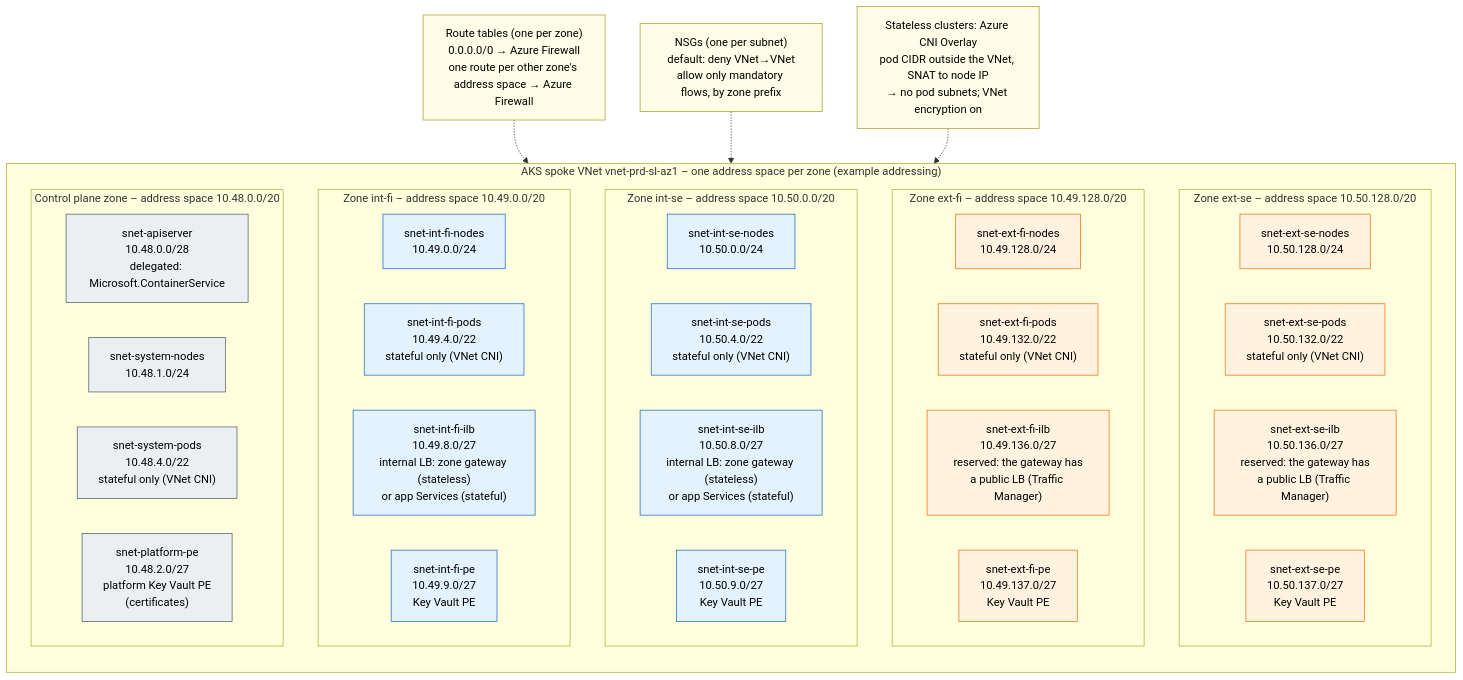
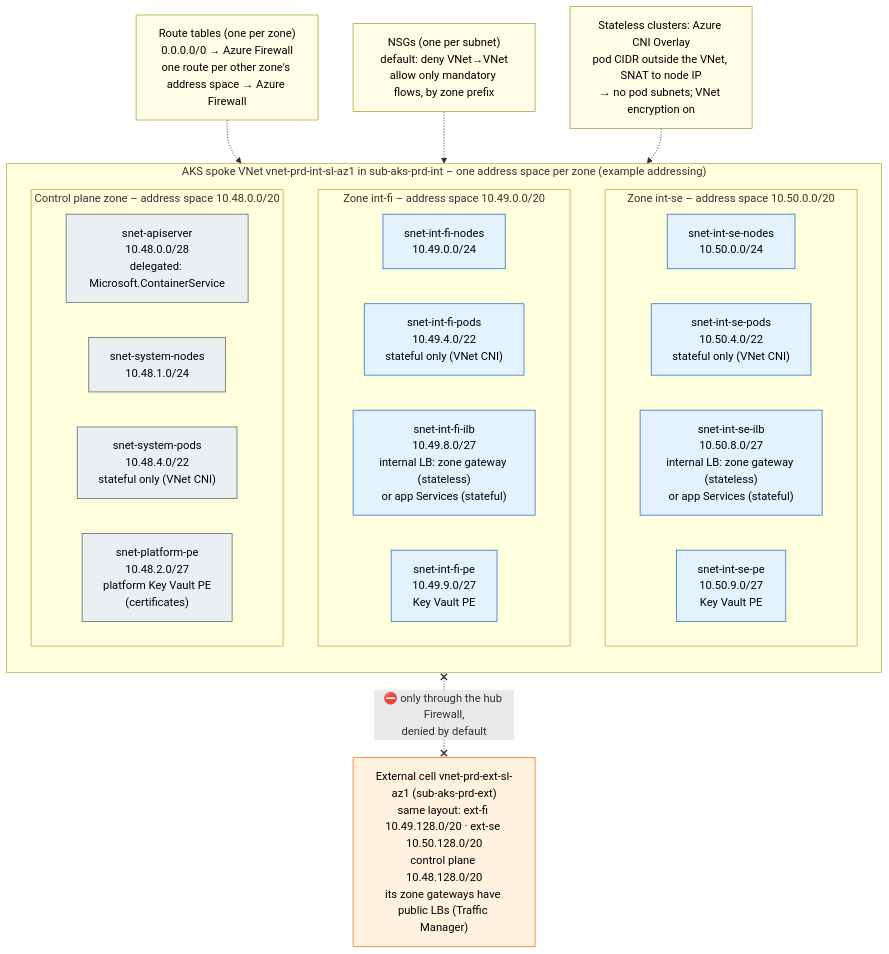
Before and after one commit to onek8s/onek8s.github.io: the diagram in diagrams/02-network-subnets.mmd, drawn with Mermaid. The commit also changed 19 other files, not shown here.

First line of the commit message:
Internal and external in separate subscriptions and clusters; countries stay zones (D52) (#36)

```diff
--- a/diagrams/02-network-subnets.mmd
+++ b/diagrams/02-network-subnets.mmd
@@ -1,58 +1,49 @@
-%% Subnet layout of the AKS spoke VNet. Every subnet has its own NSG and UDR.
-%% Every zone is its own address space of the VNet, taken from the zone prefix of the address plan (README section 8).
+%% Subnet layout of an AKS spoke VNet, here an internal cell's. Every subnet has its own NSG and UDR.
+%% Every zone is its own address space of the VNet, taken from the zone prefix of the address plan (section 8).
+%% Internal and external are separate clusters and subscriptions (D52): an external cell's VNet
+%% (vnet-prd-ext-sl-az1) is the same with ext-fi / ext-se from the external halves (10.49.128.0/20, 10.50.128.0/20)
+%% and its control plane zone from 10.48.128.0/20.
 %% Pod subnets exist only in the stateful cluster (VNet CNI); stateless clusters use Azure CNI Overlay.
 flowchart TB
-    subgraph VNET["AKS spoke VNet vnet-prd-sl-az1 – one address space per zone (example addressing)"]
+    subgraph VNET["AKS spoke VNet vnet-prd-int-sl-az1 in sub-aks-prd-int – one address space per zone (example addressing)"]
         direction TB
-        subgraph ESE["Zone ext-se – address space 10.50.128.0/20"]
-            direction LR
-            ese_n["snet-ext-se-nodes<br/>10.50.128.0/24"]
-            ese_p["snet-ext-se-pods<br/>10.50.132.0/22<br/>stateful only (VNet CNI)"]
-            ese_i["snet-ext-se-ilb<br/>10.50.136.0/27<br/>reserved: the gateway has<br/>a public LB (Traffic Manager)"]
-            ese_pe["snet-ext-se-pe<br/>10.50.137.0/27<br/>Key Vault PE"]
-        end
-        subgraph EFI["Zone ext-fi – address space 10.49.128.0/20"]
-            direction LR
-            efi_n["snet-ext-fi-nodes<br/>10.49.128.0/24"]
-            efi_p["snet-ext-fi-pods<br/>10.49.132.0/22<br/>stateful only (VNet CNI)"]
-            efi_i["snet-ext-fi-ilb<br/>10.49.136.0/27<br/>reserved: the gateway has<br/>a public LB (Traffic Manager)"]
-            efi_pe["snet-ext-fi-pe<br/>10.49.137.0/27<br/>Key Vault PE"]
-        end
         subgraph ISE["Zone int-se – address space 10.50.0.0/20"]
             direction LR
             ise_n["snet-int-se-nodes<br/>10.50.0.0/24"]
             ise_p["snet-int-se-pods<br/>10.50.4.0/22<br/>stateful only (VNet CNI)"]
             ise_i["snet-int-se-ilb<br/>10.50.8.0/27<br/>internal LB: zone gateway (stateless)<br/>or app Services (stateful)"]
             ise_pe["snet-int-se-pe<br/>10.50.9.0/27<br/>Key Vault PE"]
         end
         subgraph IFI["Zone int-fi – address space 10.49.0.0/20"]
             direction LR
             ifi_n["snet-int-fi-nodes<br/>10.49.0.0/24"]
             ifi_p["snet-int-fi-pods<br/>10.49.4.0/22<br/>stateful only (VNet CNI)"]
             ifi_i["snet-int-fi-ilb<br/>10.49.8.0/27<br/>internal LB: zone gateway (stateless)<br/>or app Services (stateful)"]
             ifi_pe["snet-int-fi-pe<br/>10.49.9.0/27<br/>Key Vault PE"]
         end
         subgraph CP["Control plane zone – address space 10.48.0.0/20"]
             direction LR
             s_api["snet-apiserver<br/>10.48.0.0/28<br/>delegated: Microsoft.ContainerService"]
             s_sysn["snet-system-nodes<br/>10.48.1.0/24"]
             s_sysp["snet-system-pods<br/>10.48.4.0/22<br/>stateful only (VNet CNI)"]
             s_ppe["snet-platform-pe<br/>10.48.2.0/27<br/>platform Key Vault PE<br/>(certificates)"]
         end
     end
 
+    ext["External cell vnet-prd-ext-sl-az1 (sub-aks-prd-ext)<br/>same layout: ext-fi 10.49.128.0/20 · ext-se 10.50.128.0/20<br/>control plane 10.48.128.0/20<br/>its zone gateways have public LBs (Traffic Manager)"]
     rt["Route tables (one per zone)<br/>0.0.0.0/0 → Azure Firewall<br/>one route per other zone's address space → Azure Firewall"]
     nsg["NSGs (one per subnet)<br/>default: deny VNet→VNet<br/>allow only mandatory flows, by zone prefix"]
     cni["Stateless clusters: Azure CNI Overlay<br/>pod CIDR outside the VNet, SNAT to node IP<br/>→ no pod subnets; VNet encryption on"]
     rt -.-> VNET
     nsg -.-> VNET
     cni -.-> VNET
+    VNET x-.-x|"⛔ only through the hub Firewall,<br/>denied by default"| ext
 
     classDef cp fill:#eceff1,stroke:#455a64,color:#000
     classDef int fill:#e3f2fd,stroke:#1565c0,color:#000
     classDef ext fill:#fff3e0,stroke:#ef6c00,color:#000
     classDef note fill:#fffde7,stroke:#9e9d24,color:#000
     class s_api,s_sysn,s_sysp,s_ppe cp
     class ifi_n,ifi_p,ifi_i,ifi_pe,ise_n,ise_p,ise_i,ise_pe int
-    class efi_n,efi_p,efi_i,efi_pe,ese_n,ese_p,ese_i,ese_pe ext
+    class ext ext
     class rt,nsg,cni note
```
